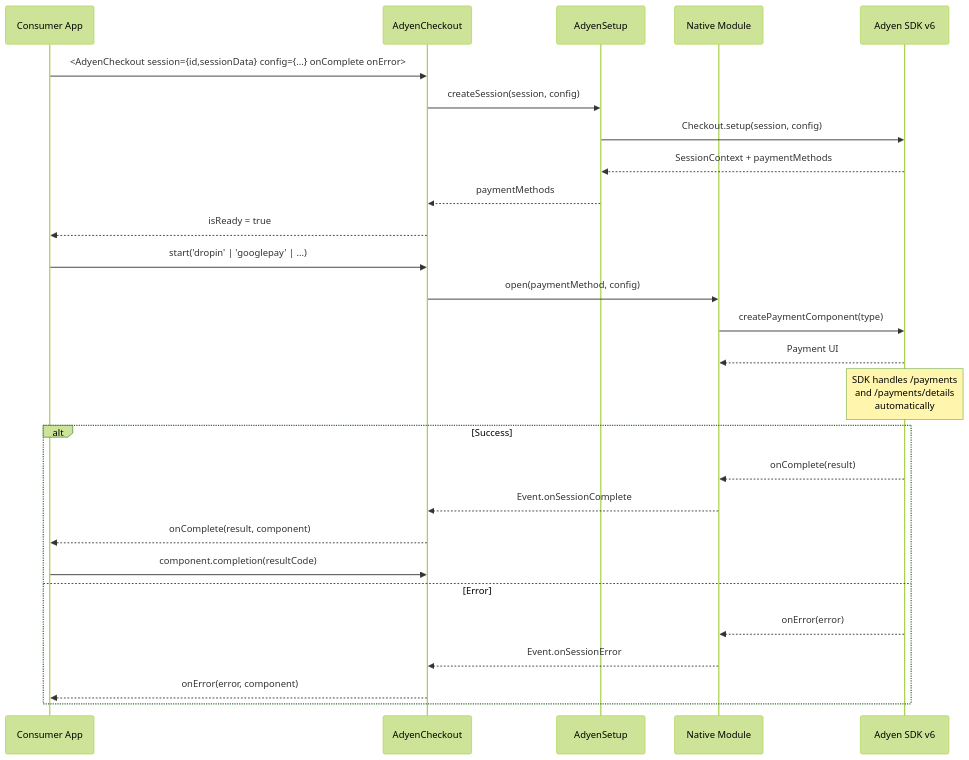
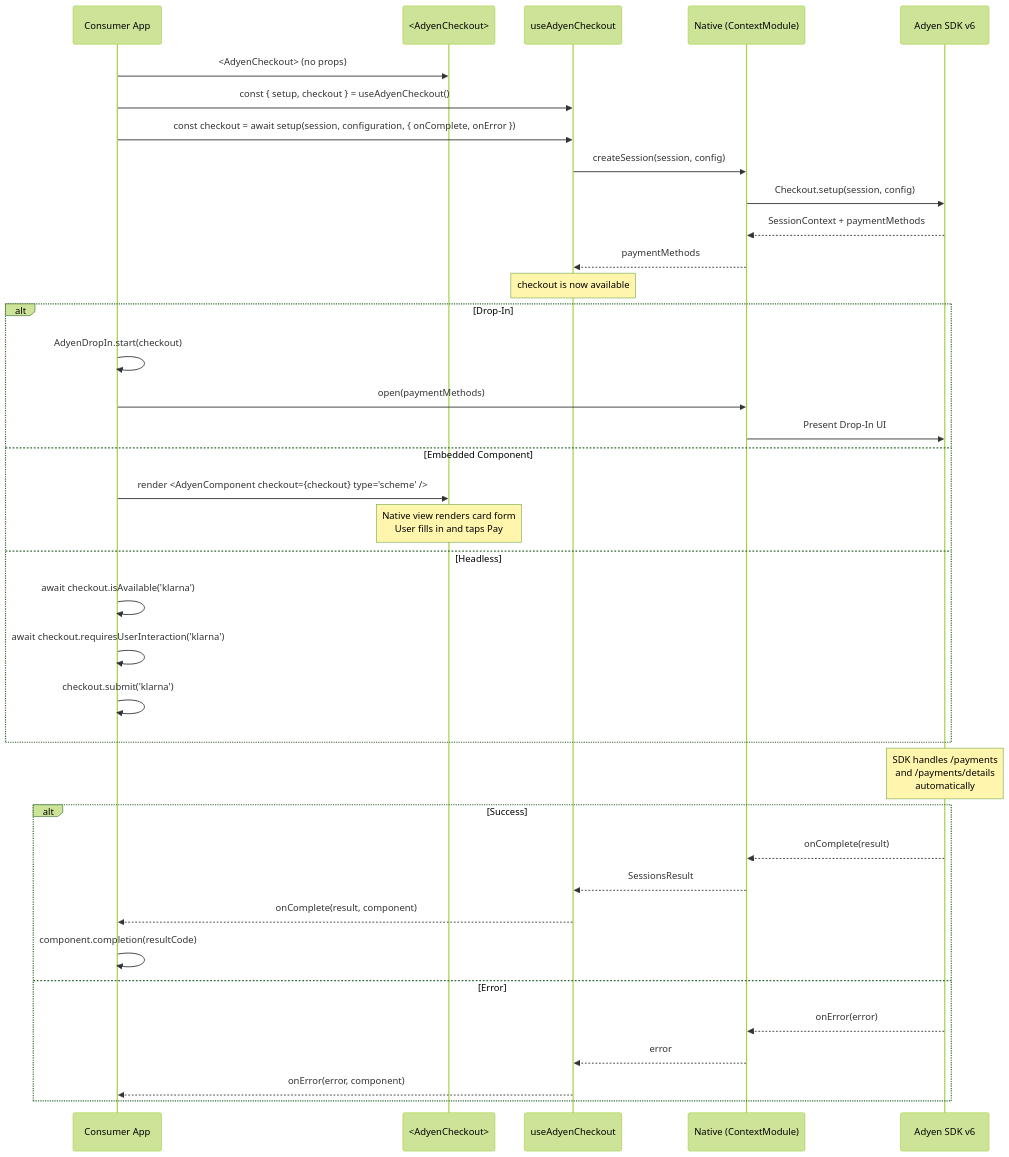
The first of 4 diagrams in docs/public-api-flows.md (Adyen/adyen-react-native), drawn with Mermaid (forest theme) before and after one commit. The commit also changed other lines of this file and 48 other files, not shown here.

````diff
--- a/docs/public-api-flows.md
+++ b/docs/public-api-flows.md
@@ -5,33 +5,44 @@
 ```mermaid
 sequenceDiagram
     participant App as Consumer App
-    participant AC as AdyenCheckout
-    participant Setup as AdyenSetup
-    participant Native as Native Module
+    participant AC as <AdyenCheckout>
+    participant Hook as useAdyenCheckout
+    participant Native as Native (ContextModule)
     participant SDK as Adyen SDK v6
 
-    App->>AC: <AdyenCheckout session={id,sessionData} config={...} onComplete onError>
-    AC->>Setup: createSession(session, config)
-    Setup->>SDK: Checkout.setup(session, config)
-    SDK-->>Setup: SessionContext + paymentMethods
-    Setup-->>AC: paymentMethods
-    AC-->>App: isReady = true
+    App->>AC: <AdyenCheckout> (no props)
+    App->>Hook: const { setup, checkout } = useAdyenCheckout()
 
-    App->>AC: start('dropin' | 'googlepay' | ...)
-    AC->>Native: open(paymentMethod, config)
-    Native->>SDK: createPaymentComponent(type)
-    SDK-->>Native: Payment UI
+    App->>Hook: const checkout = await setup(session, configuration, { onComplete, onError })
+    Hook->>Native: createSession(session, config)
+    Native->>SDK: Checkout.setup(session, config)
+    SDK-->>Native: SessionContext + paymentMethods
+    Native-->>Hook: paymentMethods
+    Note over Hook: checkout is now available
+
+    alt Drop-In
+        App->>App: AdyenDropIn.start(checkout)
+        App->>Native: open(paymentMethods)
+        Native->>SDK: Present Drop-In UI
+    else Embedded Component
+        App->>AC: render <AdyenComponent checkout={checkout} type="scheme" />
+        Note over AC: Native view renders card form<br/>User fills in and taps Pay
+    else Headless
+        App->>App: await checkout.isAvailable('klarna')
+        App->>App: await checkout.requiresUserInteraction('klarna')
+        App->>App: checkout.submit('klarna')
+    end
 
     Note over SDK: SDK handles /payments<br/>and /payments/details<br/>automatically
 
     alt Success
         SDK-->>Native: onComplete(result)
-        Native-->>AC: Event.onSessionComplete
-        AC-->>App: onComplete(result, component)
-        App->>AC: component.completion(resultCode)
+        Native-->>Hook: SessionsResult
+        Hook-->>App: onComplete(result, component)
+        App->>App: component.completion(resultCode)
     else Error
         SDK-->>Native: onError(error)
-        Native-->>AC: Event.onSessionError
-        AC-->>App: onError(error, component)
+        Native-->>Hook: error
+        Hook-->>App: onError(error, component)
     end
 ```
````
